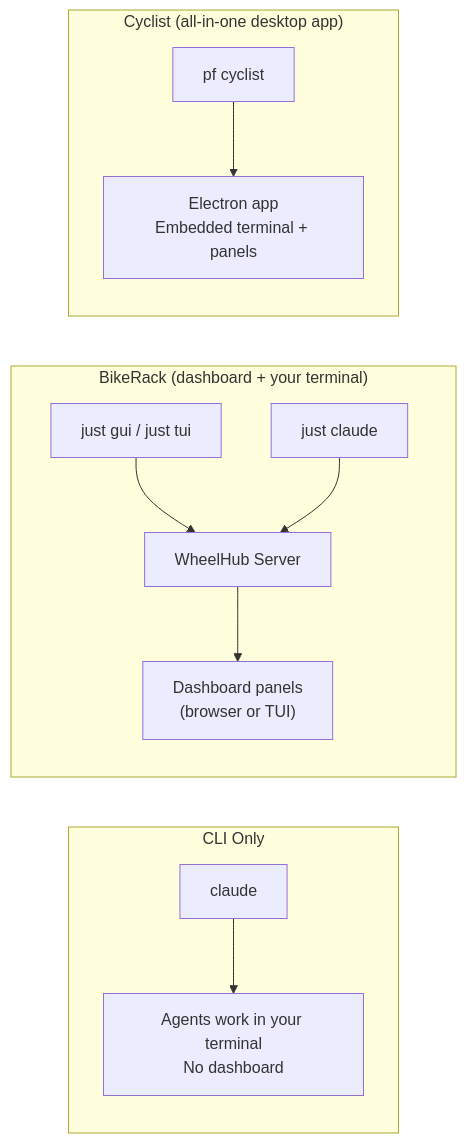
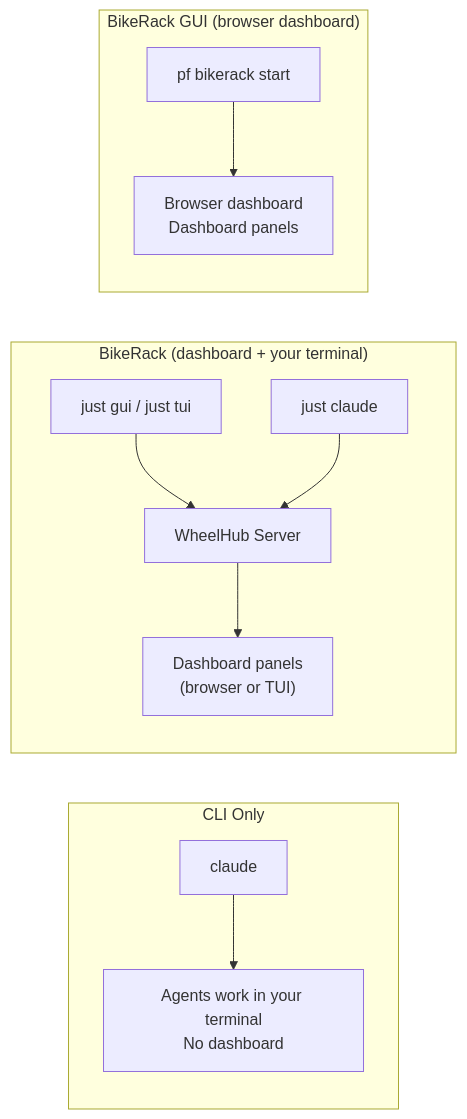
Before and after one commit to slabgorb/pennyfarthing: the first of 2 diagrams in docs/USER-GUIDE.md, drawn with Mermaid. The commit also changed other lines of this file and 125 other files, not shown here.

First line of the commit message:
chore: rename Cyclist → BikeRack GUI across codebase

````diff
--- a/docs/USER-GUIDE.md
+++ b/docs/USER-GUIDE.md
@@ -201,16 +196,16 @@
 ```mermaid
 graph LR
     subgraph "CLI Only"
         A["claude"] --> B["Agents work in your terminal<br/>No dashboard"]
     end
 
     subgraph "BikeRack (dashboard + your terminal)"
         C["just gui / just tui"] --> D["WheelHub Server"]
         E["just claude"] --> D
         D --> F["Dashboard panels<br/>(browser or TUI)"]
     end
 
-    subgraph "Cyclist (all-in-one desktop app)"
-        G["pf cyclist"] --> H["Electron app<br/>Embedded terminal + panels"]
+    subgraph "BikeRack GUI (browser dashboard)"
+        G["pf bikerack start"] --> H["Browser dashboard<br/>Dashboard panels"]
     end
 ```
````
